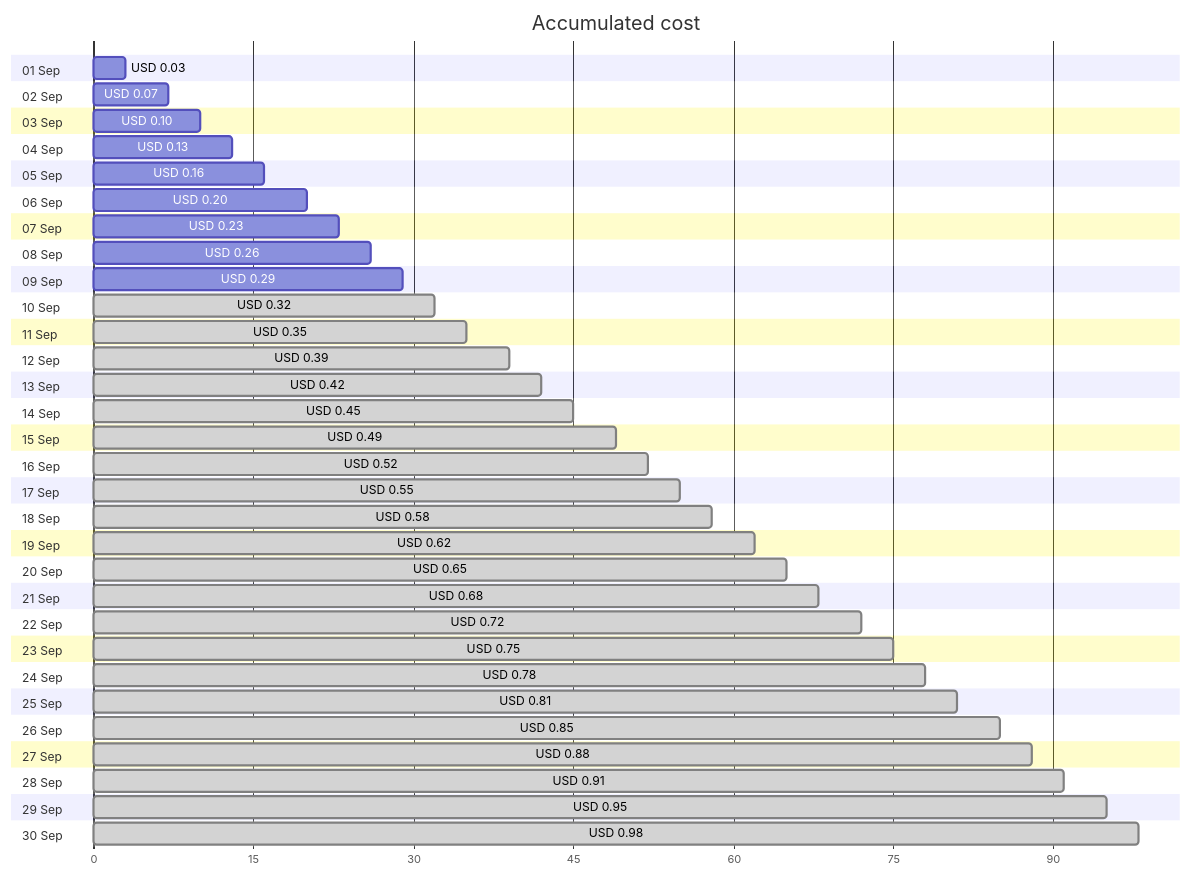
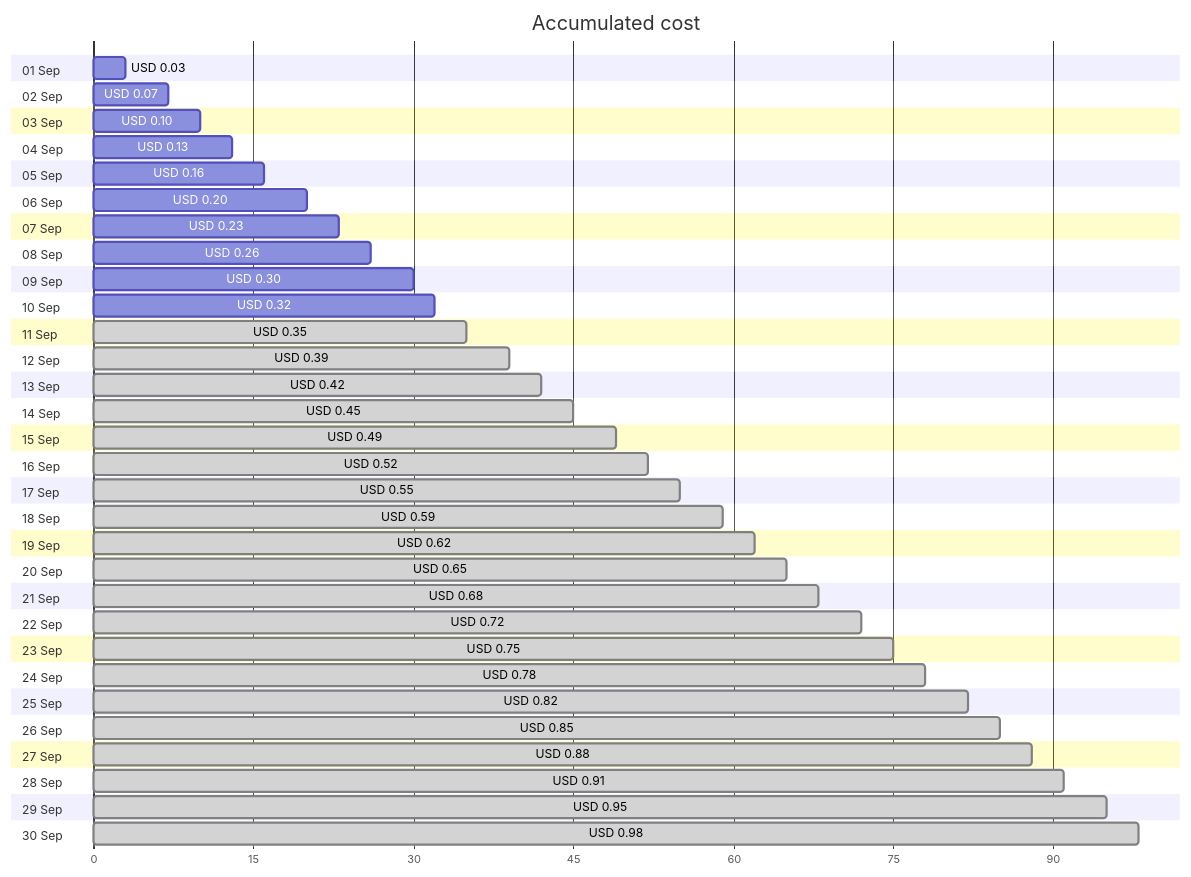
The first of 4 diagrams in cost-reports/personal-dns/README.md (jpfulton/azure-personal-reports), drawn with Mermaid before and after one commit. The commit also changed other lines of this file and 2 other files, not shown here.

````diff
--- a/cost-reports/personal-dns/README.md
+++ b/cost-reports/personal-dns/README.md
@@ -20,66 +20,66 @@
 ```mermaid
 gantt
    title Accumulated cost
    dateFormat  X
    axisFormat %s
    section 01 Sep
    USD 0.03 :0, 3
    section 02 Sep
    USD 0.07 :0, 7
    section 03 Sep
    USD 0.10 :0, 10
    section 04 Sep
    USD 0.13 :0, 13
    section 05 Sep
    USD 0.16 :0, 16
    section 06 Sep
    USD 0.20 :0, 20
    section 07 Sep
    USD 0.23 :0, 23
    section 08 Sep
    USD 0.26 :0, 26
    section 09 Sep
-   USD 0.29 :0, 29
+   USD 0.30 :0, 30
    section 10 Sep
-   USD 0.32 : done, 0, 32
+   USD 0.32 :0, 32
    section 11 Sep
    USD 0.35 : done, 0, 35
    section 12 Sep
    USD 0.39 : done, 0, 39
    section 13 Sep
    USD 0.42 : done, 0, 42
    section 14 Sep
    USD 0.45 : done, 0, 45
    section 15 Sep
    USD 0.49 : done, 0, 49
    section 16 Sep
    USD 0.52 : done, 0, 52
    section 17 Sep
    USD 0.55 : done, 0, 55
    section 18 Sep
-   USD 0.58 : done, 0, 58
+   USD 0.59 : done, 0, 59
    section 19 Sep
    USD 0.62 : done, 0, 62
    section 20 Sep
    USD 0.65 : done, 0, 65
    section 21 Sep
    USD 0.68 : done, 0, 68
    section 22 Sep
    USD 0.72 : done, 0, 72
    section 23 Sep
    USD 0.75 : done, 0, 75
    section 24 Sep
    USD 0.78 : done, 0, 78
    section 25 Sep
-   USD 0.81 : done, 0, 81
+   USD 0.82 : done, 0, 82
    section 26 Sep
    USD 0.85 : done, 0, 85
    section 27 Sep
    USD 0.88 : done, 0, 88
    section 28 Sep
    USD 0.91 : done, 0, 91
    section 29 Sep
    USD 0.95 : done, 0, 95
    section 30 Sep
    USD 0.98 : done, 0, 98
 ```
````
